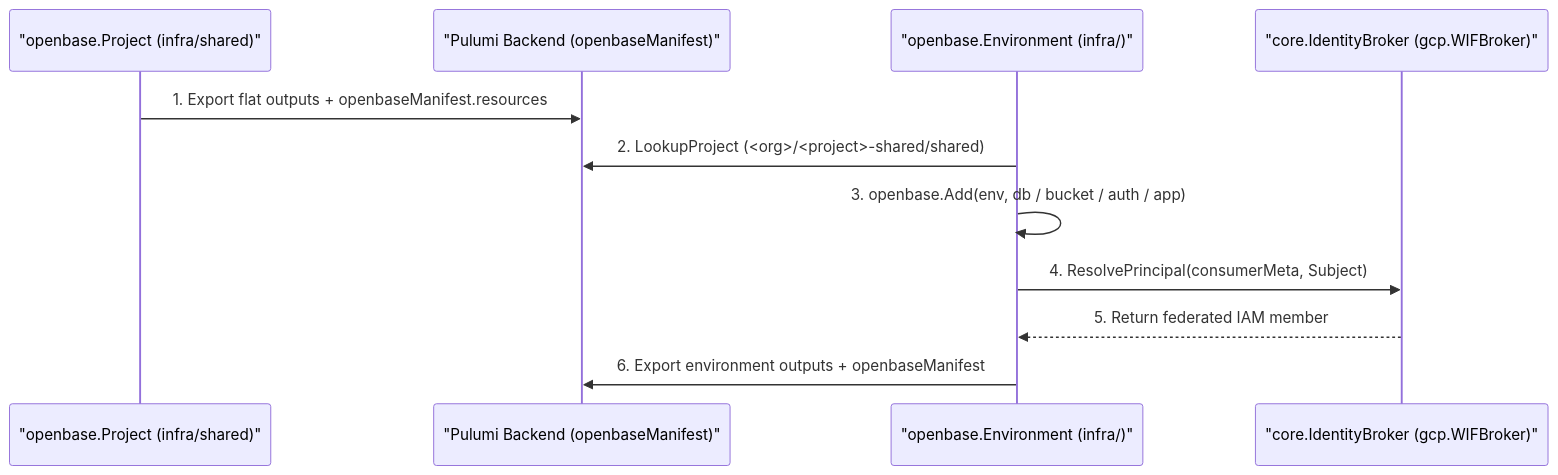
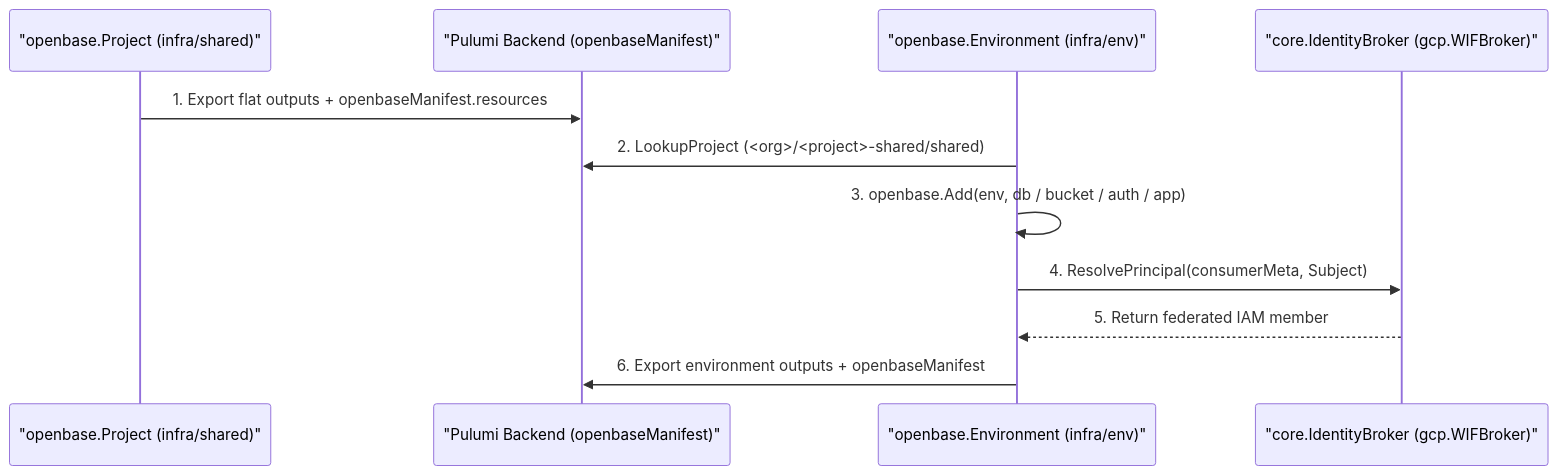
Before and after one commit to cloudvoyant/openbase: the second of 2 diagrams in docs/architecture/scopes.md, drawn with Mermaid. The commit also changed other lines of this file and 36 other files, not shown here.

First line of the commit message:
refactor(e2e,docs): standardize infra/{platform,shared,env} layout

````diff
--- a/docs/architecture/scopes.md
+++ b/docs/architecture/scopes.md
@@ -52,14 +52,14 @@
 ```mermaid
 sequenceDiagram
     participant Shared as "openbase.Project (infra/shared)"
     participant State as "Pulumi Backend (openbaseManifest)"
-    participant Env as "openbase.Environment (infra/)"
+    participant Env as "openbase.Environment (infra/env)"
     participant Broker as "core.IdentityBroker (gcp.WIFBroker)"
 
     Shared->>State: 1. Export flat outputs + openbaseManifest.resources
     Env->>State: 2. LookupProject (<org>/<project>-shared/shared)
     Env->>Env: 3. openbase.Add(env, db / bucket / auth / app)
     Env->>Broker: 4. ResolvePrincipal(consumerMeta, Subject)
     Broker-->>Env: 5. Return federated IAM member
     Env->>State: 6. Export environment outputs + openbaseManifest
 ```
````
